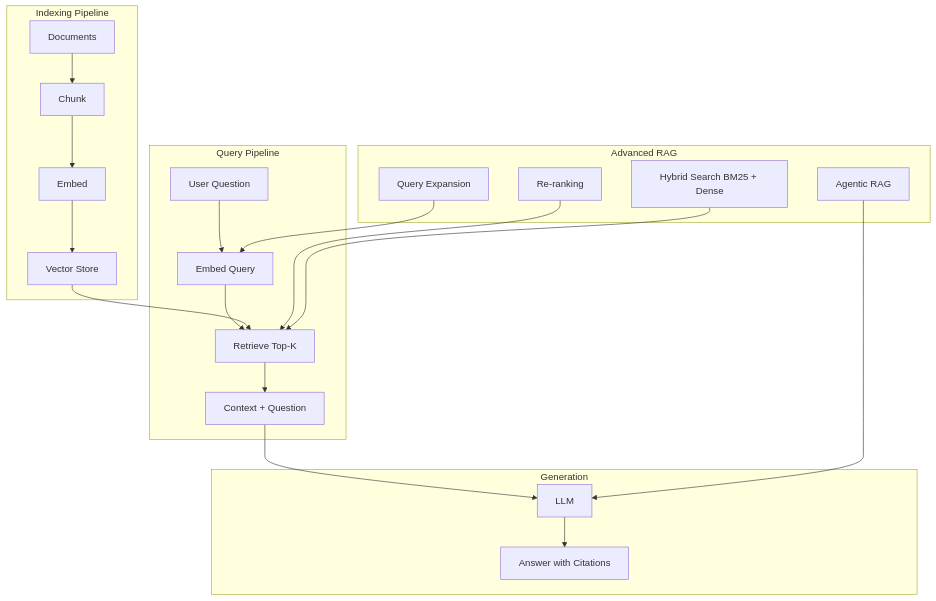
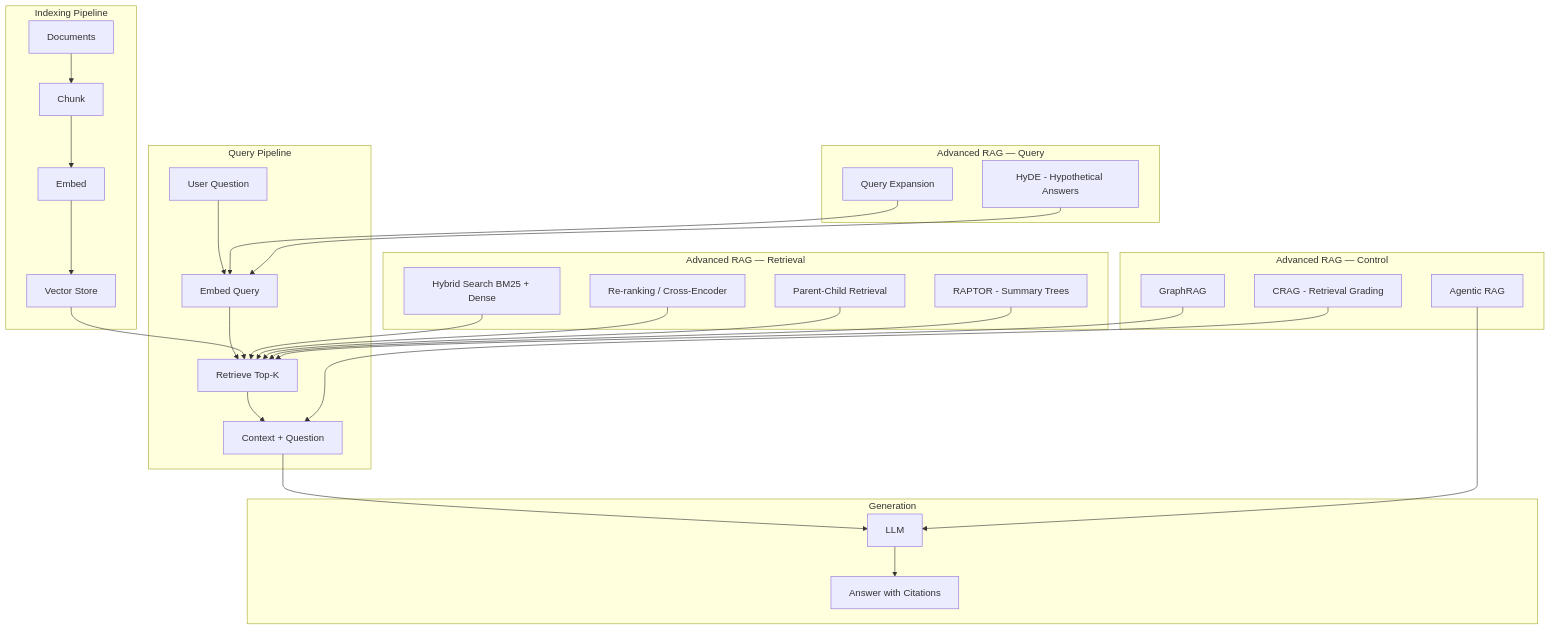
Before and after one commit to zai-collab/zero-to-ai: the seventh of 21 diagrams in VISUAL_ROADMAP.md, drawn with Mermaid. The commit also changed other lines of this file and 27 other files, not shown here.

````diff
--- a/VISUAL_ROADMAP.md
+++ b/VISUAL_ROADMAP.md
@@ -266,27 +275,38 @@
 ```{mermaid}
 flowchart TD
     subgraph Indexing Pipeline
         A[Documents] --> B[Chunk]
         B --> C[Embed]
         C --> D[Vector Store]
     end
 
     subgraph Query Pipeline
         E[User Question] --> F[Embed Query]
         F --> G[Retrieve Top-K]
         D --> G
         G --> H["Context + Question"]
     end
 
     subgraph Generation
         H --> I[LLM]
         I --> J[Answer with Citations]
     end
 
-    subgraph Advanced RAG
-        K[Re-ranking] --> G
+    subgraph "Advanced RAG — Query"
         L[Query Expansion] --> F
+        HY[HyDE - Hypothetical Answers] --> F
+    end
+
+    subgraph "Advanced RAG — Retrieval"
         M[Hybrid Search BM25 + Dense] --> G
+        K[Re-ranking / Cross-Encoder] --> G
+        PC[Parent-Child Retrieval] --> G
+        RAP[RAPTOR - Summary Trees] --> G
+    end
+
+    subgraph "Advanced RAG — Control"
+        CR[CRAG - Retrieval Grading] --> H
         N[Agentic RAG] --> I
+        GR[GraphRAG] --> G
     end
 ```
````
